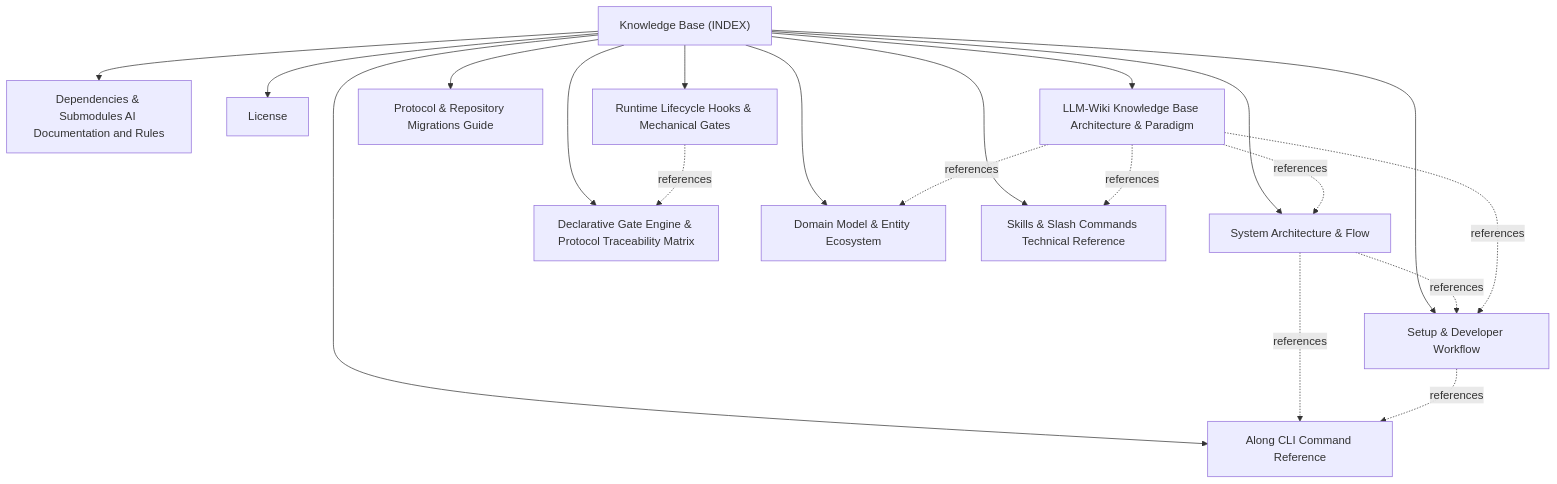
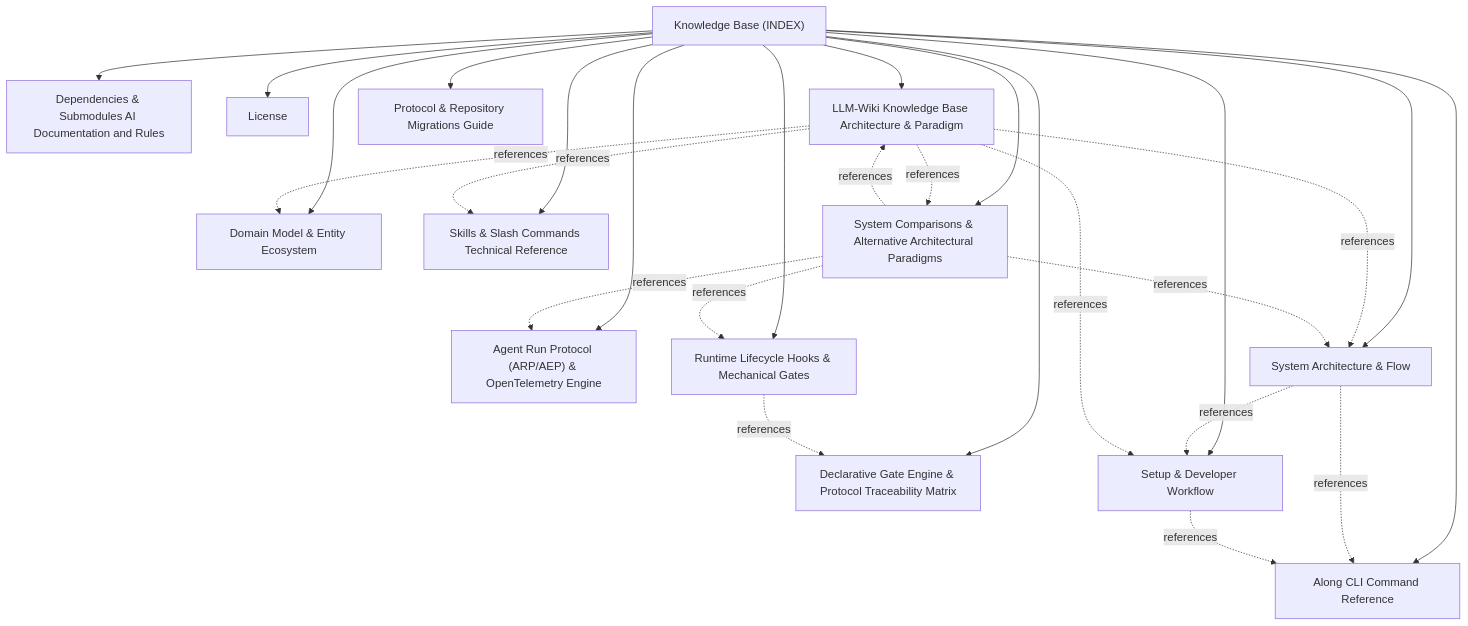
The diagram in docs/INDEX.md (actdim/along), drawn with Mermaid before and after one commit. The commit also changed other lines of this file and 86 other files, not shown here.

````diff
--- a/docs/INDEX.md
+++ b/docs/INDEX.md
@@ -17,34 +17,43 @@
 ```mermaid
 flowchart TD
     INDEX["Knowledge Base (INDEX)"]
+    T_AGENT_RUN_PROTOCOL["Agent Run Protocol (ARP/AEP) & OpenTelemetry Engine"]
+    INDEX --> T_AGENT_RUN_PROTOCOL
     T_ARCHITECTURE["System Architecture & Flow"]
     INDEX --> T_ARCHITECTURE
     T_CLI_REFERENCE["Along CLI Command Reference"]
     INDEX --> T_CLI_REFERENCE
     T_DECLARATIVE_GATES_AND_TRACEABILITY["Declarative Gate Engine & Protocol Traceability Matrix"]
     INDEX --> T_DECLARATIVE_GATES_AND_TRACEABILITY
     T_DEPENDENCIES["Dependencies & Submodules AI Documentation and Rules"]
     INDEX --> T_DEPENDENCIES
     T_DOMAIN_MODEL["Domain Model & Entity Ecosystem"]
     INDEX --> T_DOMAIN_MODEL
     T_LICENSE["License"]
     INDEX --> T_LICENSE
     T_LLM_WIKI_ARCHITECTURE["LLM-Wiki Knowledge Base Architecture & Paradigm"]
     INDEX --> T_LLM_WIKI_ARCHITECTURE
     T_MIGRATIONS["Protocol & Repository Migrations Guide"]
     INDEX --> T_MIGRATIONS
     T_RUNTIME_HOOKS_AND_GATES["Runtime Lifecycle Hooks & Mechanical Gates"]
     INDEX --> T_RUNTIME_HOOKS_AND_GATES
     T_SETUP_AND_WORKFLOW["Setup & Developer Workflow"]
     INDEX --> T_SETUP_AND_WORKFLOW
     T_SKILLS_REFERENCE["Skills & Slash Commands Technical Reference"]
     INDEX --> T_SKILLS_REFERENCE
+    T_SYSTEM_COMPARISONS["System Comparisons & Alternative Architectural Paradigms"]
+    INDEX --> T_SYSTEM_COMPARISONS
     T_ARCHITECTURE -.->|references| T_CLI_REFERENCE
     T_ARCHITECTURE -.->|references| T_SETUP_AND_WORKFLOW
+    T_LLM_WIKI_ARCHITECTURE -.->|references| T_SYSTEM_COMPARISONS
     T_LLM_WIKI_ARCHITECTURE -.->|references| T_ARCHITECTURE
     T_LLM_WIKI_ARCHITECTURE -.->|references| T_DOMAIN_MODEL
     T_LLM_WIKI_ARCHITECTURE -.->|references| T_SKILLS_REFERENCE
     T_LLM_WIKI_ARCHITECTURE -.->|references| T_SETUP_AND_WORKFLOW
     T_RUNTIME_HOOKS_AND_GATES -.->|references| T_DECLARATIVE_GATES_AND_TRACEABILITY
     T_SETUP_AND_WORKFLOW -.->|references| T_CLI_REFERENCE
+    T_SYSTEM_COMPARISONS -.->|references| T_LLM_WIKI_ARCHITECTURE
+    T_SYSTEM_COMPARISONS -.->|references| T_RUNTIME_HOOKS_AND_GATES
+    T_SYSTEM_COMPARISONS -.->|references| T_AGENT_RUN_PROTOCOL
+    T_SYSTEM_COMPARISONS -.->|references| T_ARCHITECTURE
 ```
````
